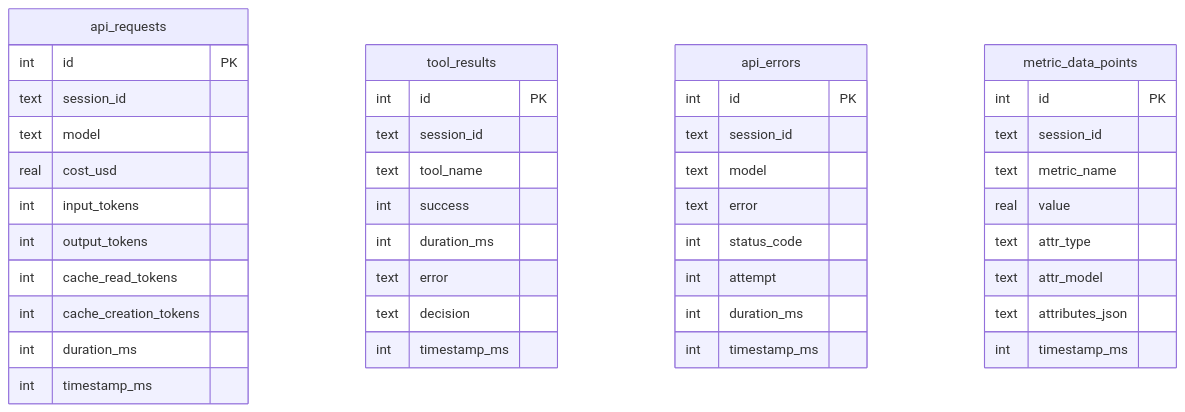
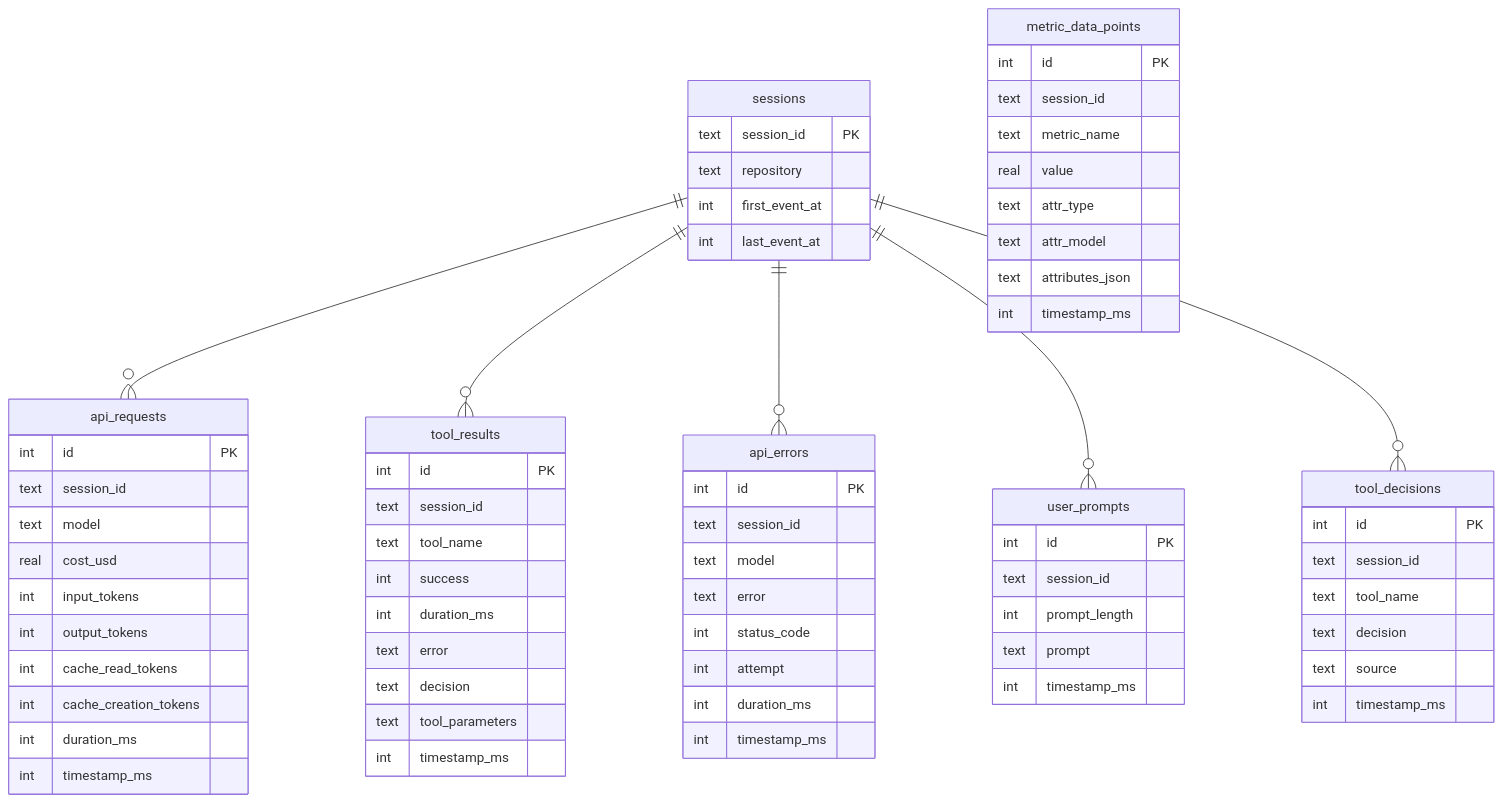
One commit to RyoMa99/cc-dashboard changed the fourth of 4 diagrams in README.md. Above: the diagram before and after it, drawn with Mermaid. The commit also changed other lines of this file, not shown here.

Commit message:
README のデータフロー図と DB スキーマを v0.5.0 に合わせて更新
- データフロー図に user_prompt, tool_decision, sessions を追加
- DB スキーマに sessions, user_prompts, tool_decisions テーブルを追加
- tool_results に tool_parameters カラムを追加
- sessions と各テーブルの ER リレーションを追加

````diff
--- a/README.md
+++ b/README.md
@@ -97,48 +101,79 @@
 ```mermaid
 erDiagram
+    sessions {
+        text session_id PK
+        text repository
+        int first_event_at
+        int last_event_at
+    }
+
     api_requests {
         int id PK
         text session_id
         text model
         real cost_usd
         int input_tokens
         int output_tokens
         int cache_read_tokens
         int cache_creation_tokens
         int duration_ms
         int timestamp_ms
     }
 
     tool_results {
         int id PK
         text session_id
         text tool_name
         int success
         int duration_ms
         text error
         text decision
+        text tool_parameters
         int timestamp_ms
     }
 
     api_errors {
         int id PK
         text session_id
         text model
         text error
         int status_code
         int attempt
         int duration_ms
         int timestamp_ms
     }
 
+    user_prompts {
+        int id PK
+        text session_id
+        int prompt_length
+        text prompt
+        int timestamp_ms
+    }
+
+    tool_decisions {
+        int id PK
+        text session_id
+        text tool_name
+        text decision
+        text source
+        int timestamp_ms
+    }
+
     metric_data_points {
         int id PK
         text session_id
         text metric_name
         real value
         text attr_type
         text attr_model
         text attributes_json
         int timestamp_ms
     }
+
+    sessions ||--o{ api_requests : ""
+    sessions ||--o{ tool_results : ""
+    sessions ||--o{ api_errors : ""
+    sessions ||--o{ user_prompts : ""
+    sessions ||--o{ tool_decisions : ""
 ```
````
